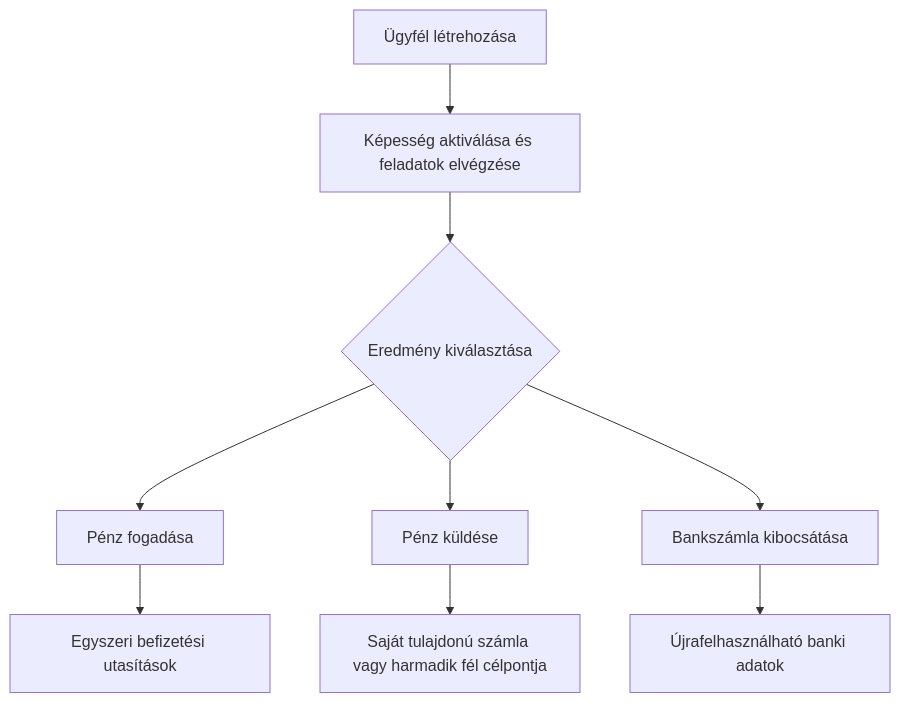
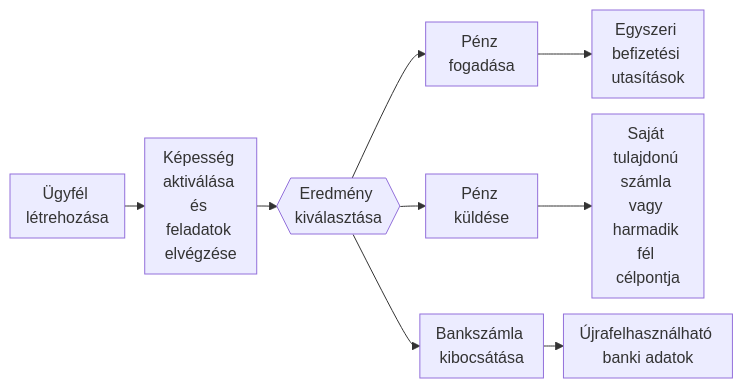
The diagram in hu/integration/common-flows.mdx (swipelux/public-docs), drawn with Mermaid before and after one commit. The commit also changed 199 other files, not shown here.

````diff
--- a/hu/integration/common-flows.mdx
+++ b/hu/integration/common-flows.mdx
@@ -8,11 +8,12 @@
 ```mermaid
-flowchart TD
+%%{init: {"flowchart": {"rankSpacing": 20, "nodeSpacing": 16, "wrappingWidth": 80, "padding": 8}}}%%
+flowchart LR
   A["Ügyfél létrehozása"] --> B["Képesség aktiválása és feladatok elvégzése"]
-  B --> C{"Eredmény kiválasztása"}
+  B --> C{{"Eredmény kiválasztása"}}
   C --> D["Pénz fogadása"]
   C --> E["Pénz küldése"]
   C --> F["Bankszámla kibocsátása"]
   D --> G["Egyszeri befizetési utasítások"]
   E --> H["Saját tulajdonú számla vagy harmadik fél célpontja"]
   F --> I["Újrafelhasználható banki adatok"]
 ```
````
